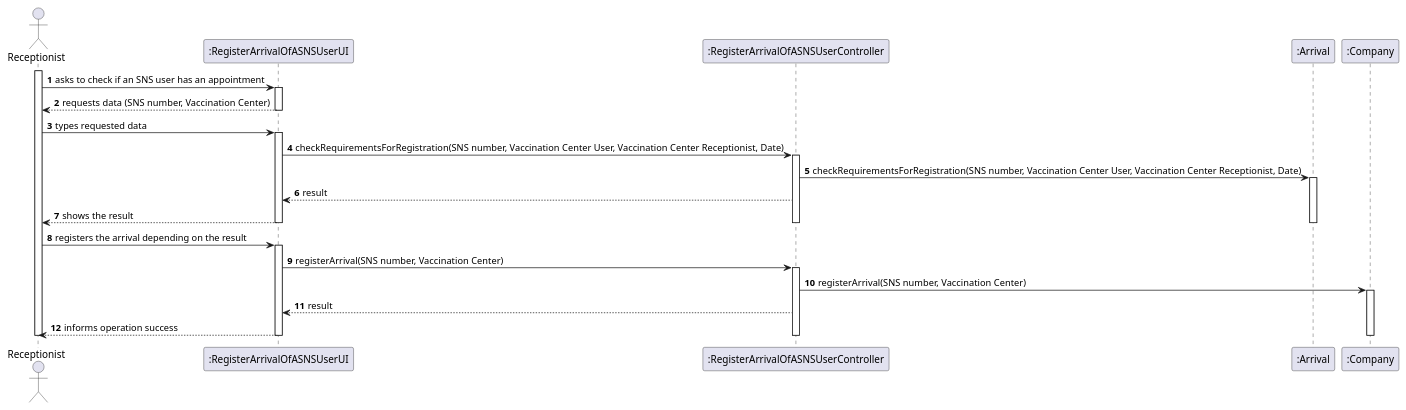
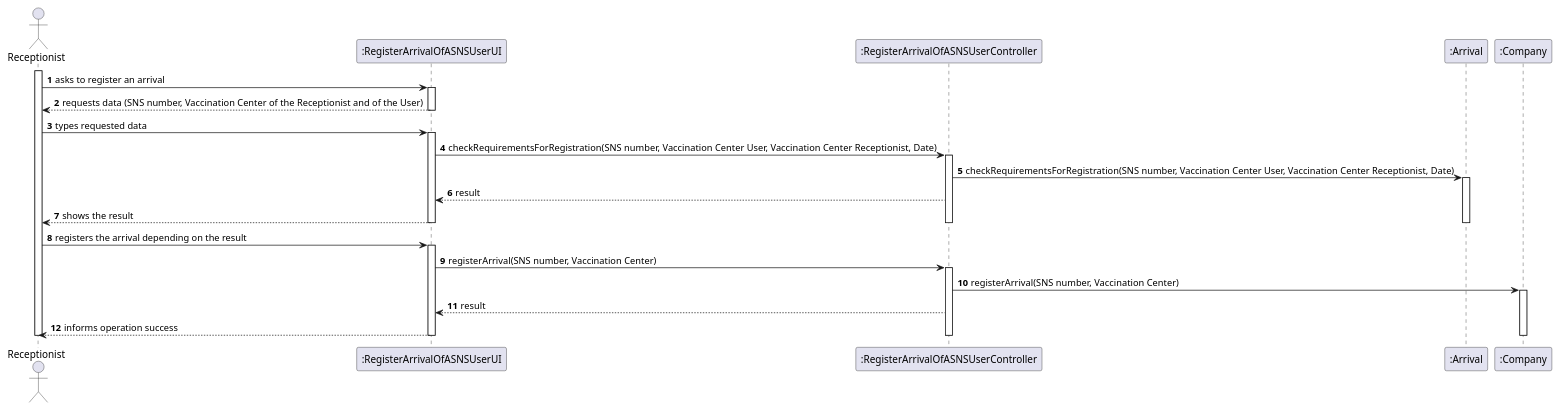
Before and after one commit to Pirussa/lei-22-s2-1da-g02: the diagram in docs/SprintC/US004/US004_SD.puml, drawn with PlantUML. The commit also changed 11 other files, not shown here.

Commit message:
US004 - Design - Changes and improvements on all the diagrams Implementation - Change method checkIfAlreadyRegistered from the Arrival class to the VaccinationCenter.

```diff
--- a/docs/SprintC/US004/US004_SD.puml
+++ b/docs/SprintC/US004/US004_SD.puml
@@ -1,60 +1,60 @@
 @startuml
 autonumber
 
 actor "Receptionist" as R
 
 participant ":RegisterArrivalOfASNSUserUI" as UI
 participant ":RegisterArrivalOfASNSUserController" as CTRL
 participant ":Arrival" as A
 participant ":Company" as C
 
 activate R
 
-R -> UI : asks to check if an SNS user has an appointment
+R -> UI : asks to register an arrival
 activate UI
 
-UI --> R : requests data (SNS number, Vaccination Center)
+UI --> R : requests data (SNS number, Vaccination Center of the Receptionist and of the User)
 deactivate UI
 
 R -> UI : types requested data
 activate UI
 
 UI -> CTRL : checkRequirementsForRegistration(SNS number, Vaccination Center User, Vaccination Center Receptionist, Date)
 activate CTRL
 
 CTRL -> A : checkRequirementsForRegistration(SNS number, Vaccination Center User, Vaccination Center Receptionist, Date)
 activate A
 
 CTRL --> UI : result
 
 UI --> R: shows the result
 
 deactivate A
 
 deactivate CTRL
 deactivate UI
 
 
 R -> UI : registers the arrival depending on the result
 activate UI
 
 UI -> CTRL : registerArrival(SNS number, Vaccination Center)
 activate CTRL
 
 CTRL -> C : registerArrival(SNS number, Vaccination Center)
 activate C
 
 
 
 
 CTRL --> UI: result
 
 UI --> R : informs operation success
 
 deactivate C
 deactivate CTRL
 deactivate UI
 deactivate R
 
 
 @enduml
```
